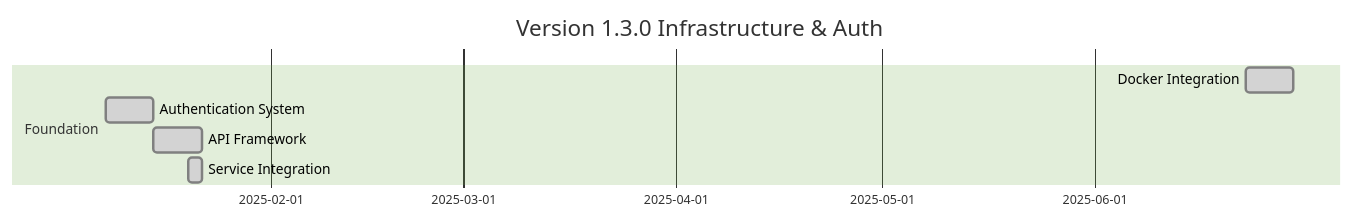
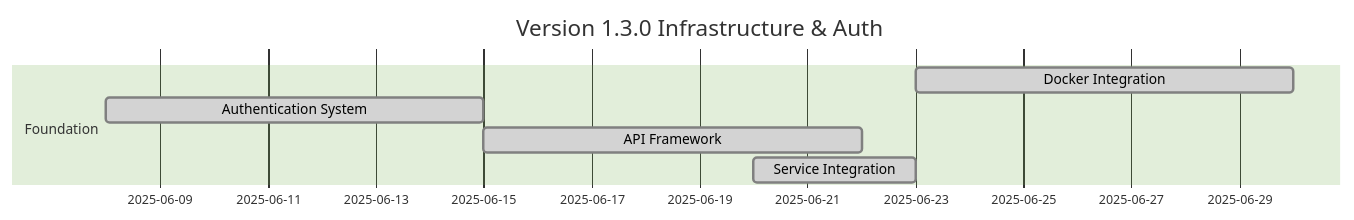
One commit to HaoyangHan/tiny-RAG changed the second of 7 diagrams in FeatureMap.md. Above: the diagram before and after it, drawn with Mermaid (forest theme). The commit also changed other lines of this file and 6 other files, not shown here.

````diff
--- a/FeatureMap.md
+++ b/FeatureMap.md
@@ -66,10 +66,10 @@
 ```mermaid
 gantt
     title Version 1.3.0 Infrastructure & Auth
-    dateFormat  2025-01-01
+    dateFormat  2025-06-01
     section Foundation
-    Docker Integration    :done, 2025-01-01, 7d
-    Authentication System :done, 2025-01-08, 7d
-    API Framework        :done, 2025-01-15, 7d
-    Service Integration  :done, 2025-01-20, 2d
+    Docker Integration    :done, 2025-06-01, 7d
+    Authentication System :done, 2025-06-08, 7d
+    API Framework        :done, 2025-06-15, 7d
+    Service Integration  :done, 2025-06-20, 3d
 ```
````
